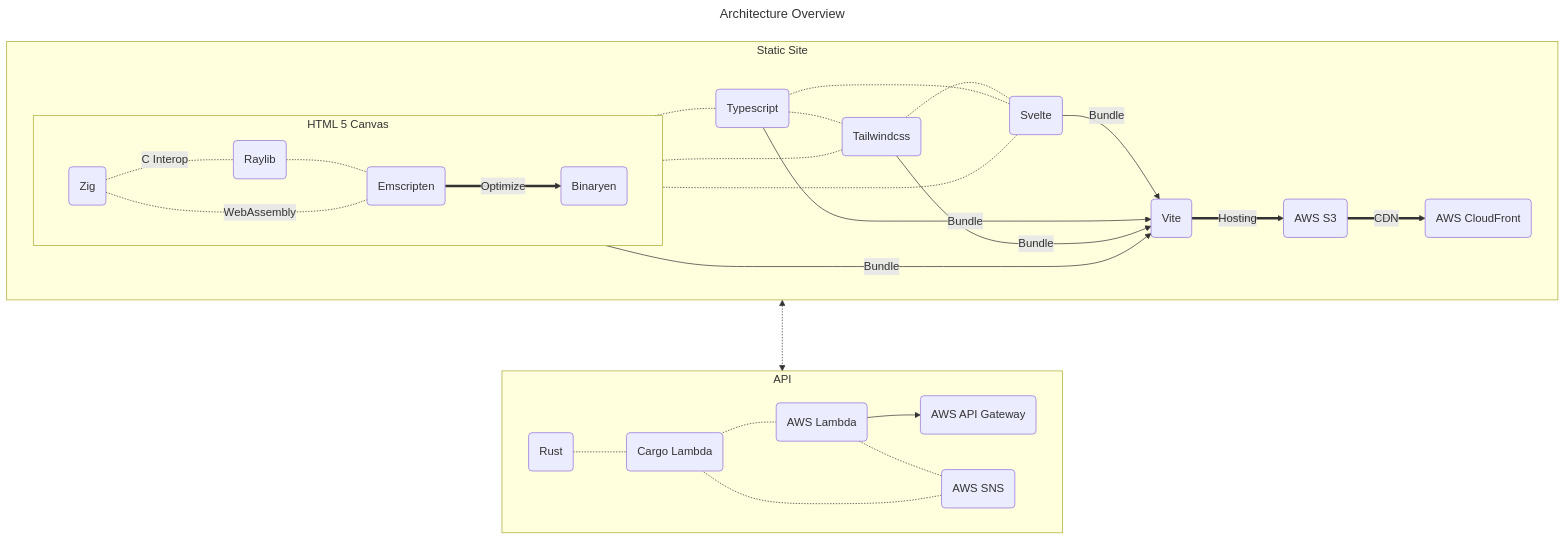
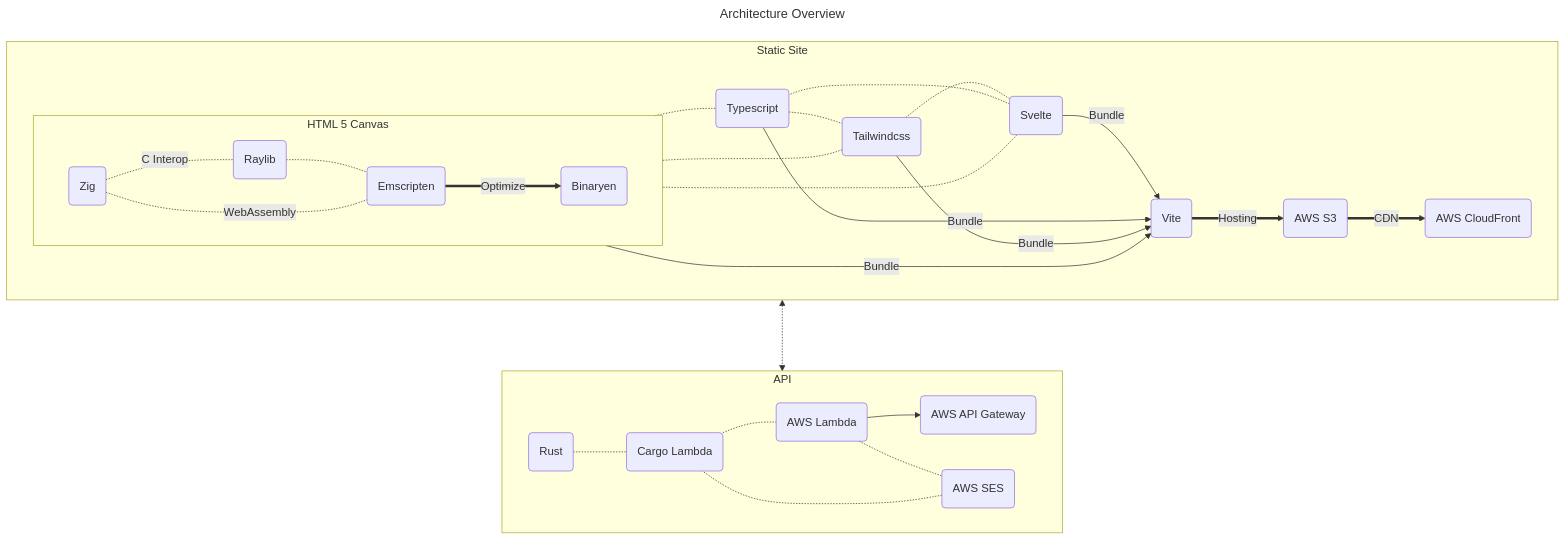
One commit to dylanlangston/dylanlangston.com changed the first of 2 diagrams in README.md. Above: the diagram before and after it, drawn with Mermaid.

Commit message:
Typo in readme

````diff
--- a/README.md
+++ b/README.md
@@ -7,45 +7,45 @@
 ```mermaid
 ---
 title: Architecture Overview
 ---
 flowchart TB
     subgraph "Static Site"
         direction LR
         S1("Svelte")
         S2("Typescript")
         S3("Tailwindcss")
         S4("Vite")
         S5("AWS S3")
         S6("AWS CloudFront")
 
         subgraph "HTML 5 Canvas"
             direction LR
             A1("Zig")
             A2("Raylib")
             A3(Emscripten)
             A4("Binaryen")
             A1 -.C Interop.- A2 -.- A3
             A1 -.WebAssembly.- A3
             A3 ==Optimize==> A4
         end
 
         S3 -.- S1 -.- S2 -.- S3 -.- subGraph0 -.- S2
         S1 -.- subGraph0
         S1 & S2 & S3 & subGraph0 --Bundle--> S4 ==Hosting==> S5 ==CDN==> S6
     end
 
     subgraph "API"
         direction LR
         I1("Rust")
         I2("Cargo Lambda")
         I3("AWS Lambda")
         I4("AWS API Gateway")
-        I5("AWS SNS")
+        I5("AWS SES")
 
         I1 -.- I2 -.- I3 --> I4
         I3 -.- I5 -.- I2
     end
 
 	subGraph1 <-..-> API
 	
 ```
````
